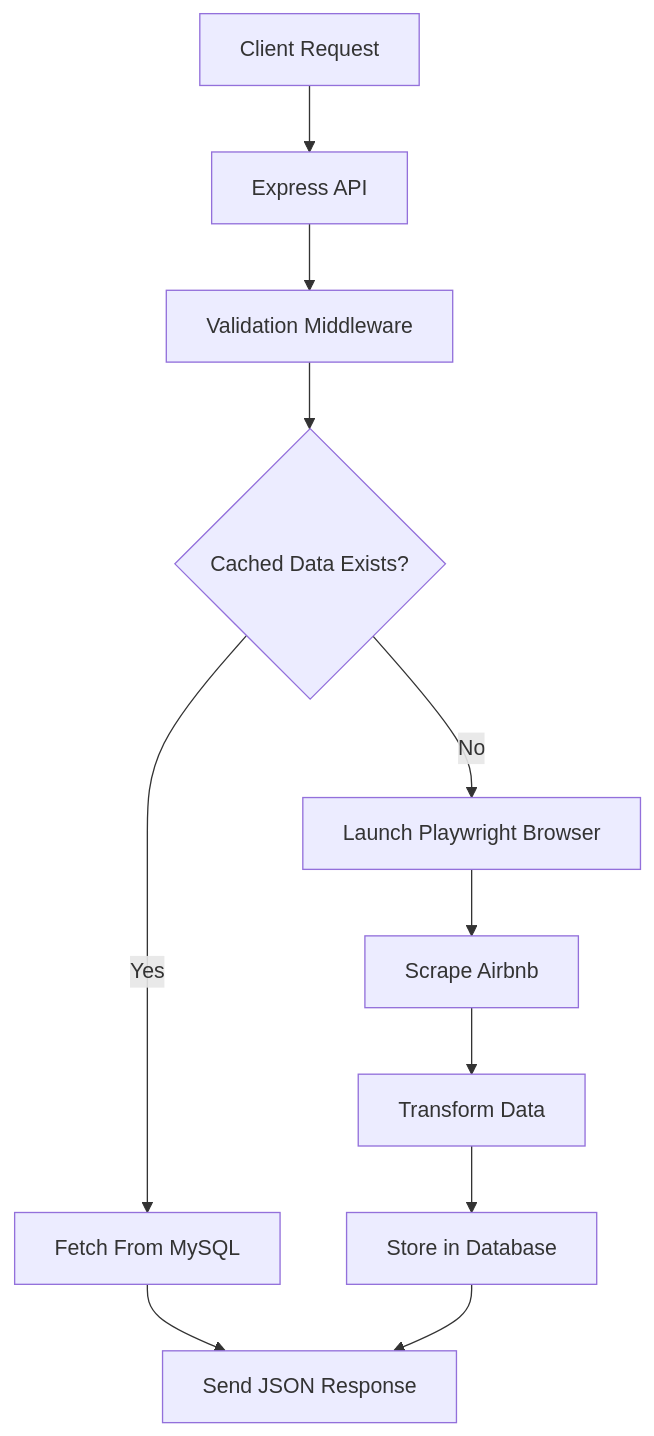
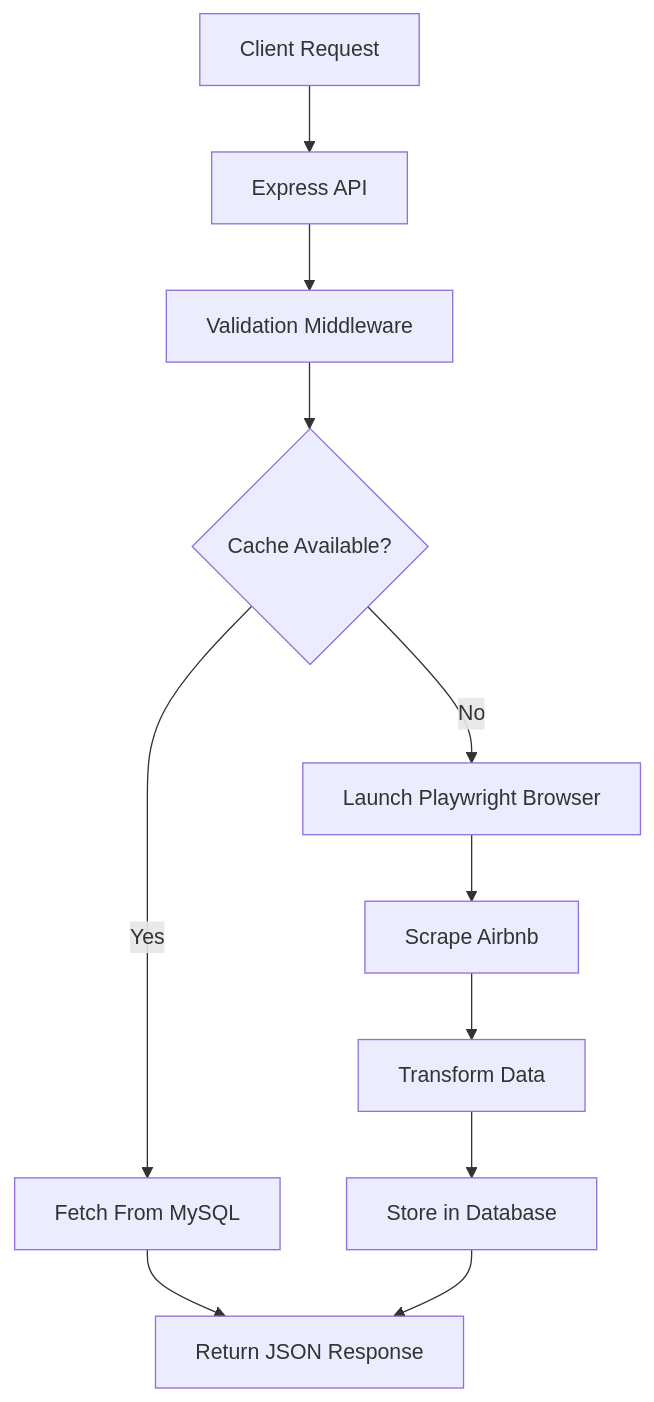
Before and after one commit to Kuldeepch13/Airbnb-Scraper: the first of 3 diagrams in README.md, drawn with Mermaid. The commit also changed other lines of this file, not shown here.

````diff
--- a/README.md
+++ b/README.md
@@ -37,23 +37,23 @@
 ```mermaid
 flowchart TD
 
 A[Client Request] --> B[Express API]
 
 B --> C[Validation Middleware]
 
-C --> D{Cached Data Exists?}
+C --> D{Cache Available?}
 
 D -->|Yes| E[Fetch From MySQL]
 
 D -->|No| F[Launch Playwright Browser]
 
 F --> G[Scrape Airbnb]
 
 G --> H[Transform Data]
 
 H --> I[Store in Database]
 
-E --> J[Send JSON Response]
+E --> J[Return JSON Response]
 
 I --> J
 ```
````
